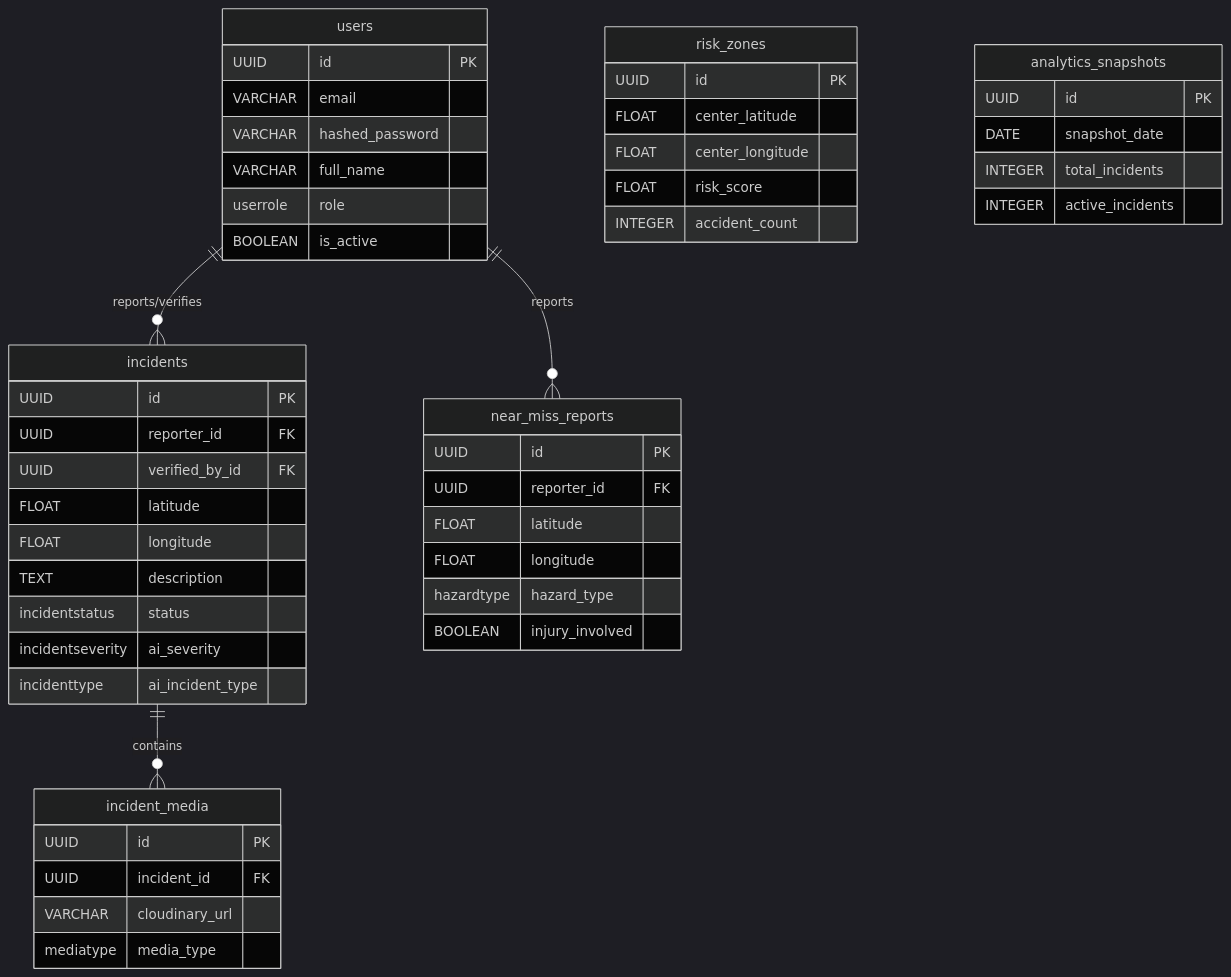
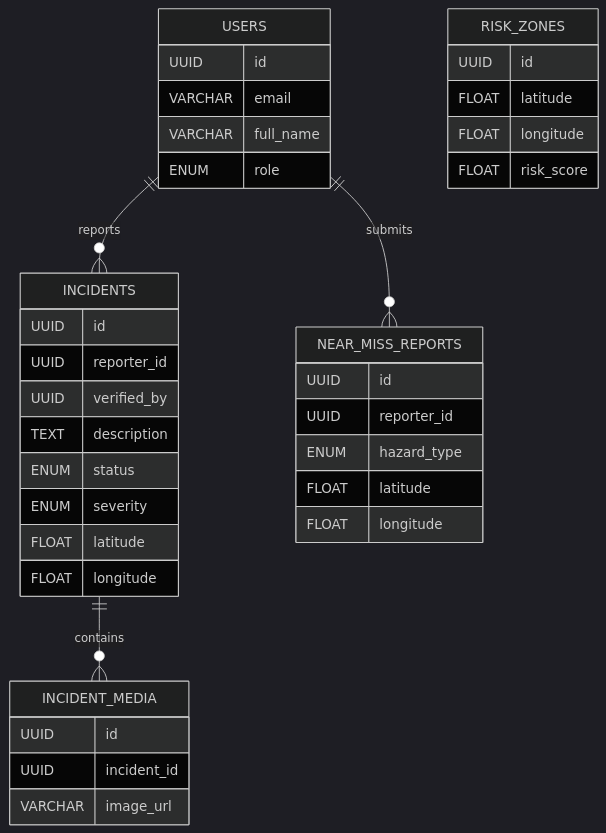
One commit to vallurivaishali/RoadSOSPlus changed the second of 2 diagrams in README.md. Above: the diagram before and after it, drawn with Mermaid (dark theme). The commit also changed other lines of this file, not shown here.

````diff
--- a/README.md
+++ b/README.md
@@ -160,58 +210,45 @@
 ```mermaid
 erDiagram
-    users ||--o{ incidents : "reports/verifies"
-    users ||--o{ near_miss_reports : "reports"
-    incidents ||--o{ incident_media : "contains"
+    USERS ||--o{ INCIDENTS : reports
+    USERS ||--o{ NEAR_MISS_REPORTS : submits
+    INCIDENTS ||--o{ INCIDENT_MEDIA : contains
 
-    users {
-        UUID id PK
+    USERS {
+        UUID id
         VARCHAR email
-        VARCHAR hashed_password
         VARCHAR full_name
-        userrole role
-        BOOLEAN is_active
+        ENUM role
     }
-    
-    incidents {
-        UUID id PK
-        UUID reporter_id FK
-        UUID verified_by_id FK
+
+    INCIDENTS {
+        UUID id
+        UUID reporter_id
+        UUID verified_by
+        TEXT description
+        ENUM status
+        ENUM severity
         FLOAT latitude
         FLOAT longitude
-        TEXT description
-        incidentstatus status
-        incidentseverity ai_severity
-        incidenttype ai_incident_type
     }
-    
-    incident_media {
-        UUID id PK
-        UUID incident_id FK
-        VARCHAR cloudinary_url
-        mediatype media_type
+
+    INCIDENT_MEDIA {
+        UUID id
+        UUID incident_id
+        VARCHAR image_url
     }
-    
-    near_miss_reports {
-        UUID id PK
-        UUID reporter_id FK
+
+    NEAR_MISS_REPORTS {
+        UUID id
+        UUID reporter_id
+        ENUM hazard_type
         FLOAT latitude
         FLOAT longitude
-        hazardtype hazard_type
-        BOOLEAN injury_involved
     }
-    
-    risk_zones {
-        UUID id PK
-        FLOAT center_latitude
-        FLOAT center_longitude
+
+    RISK_ZONES {
+        UUID id
+        FLOAT latitude
+        FLOAT longitude
         FLOAT risk_score
-        INTEGER accident_count
-    }
-    
-    analytics_snapshots {
-        UUID id PK
-        DATE snapshot_date
-        INTEGER total_incidents
-        INTEGER active_incidents
     }
 ```
````
